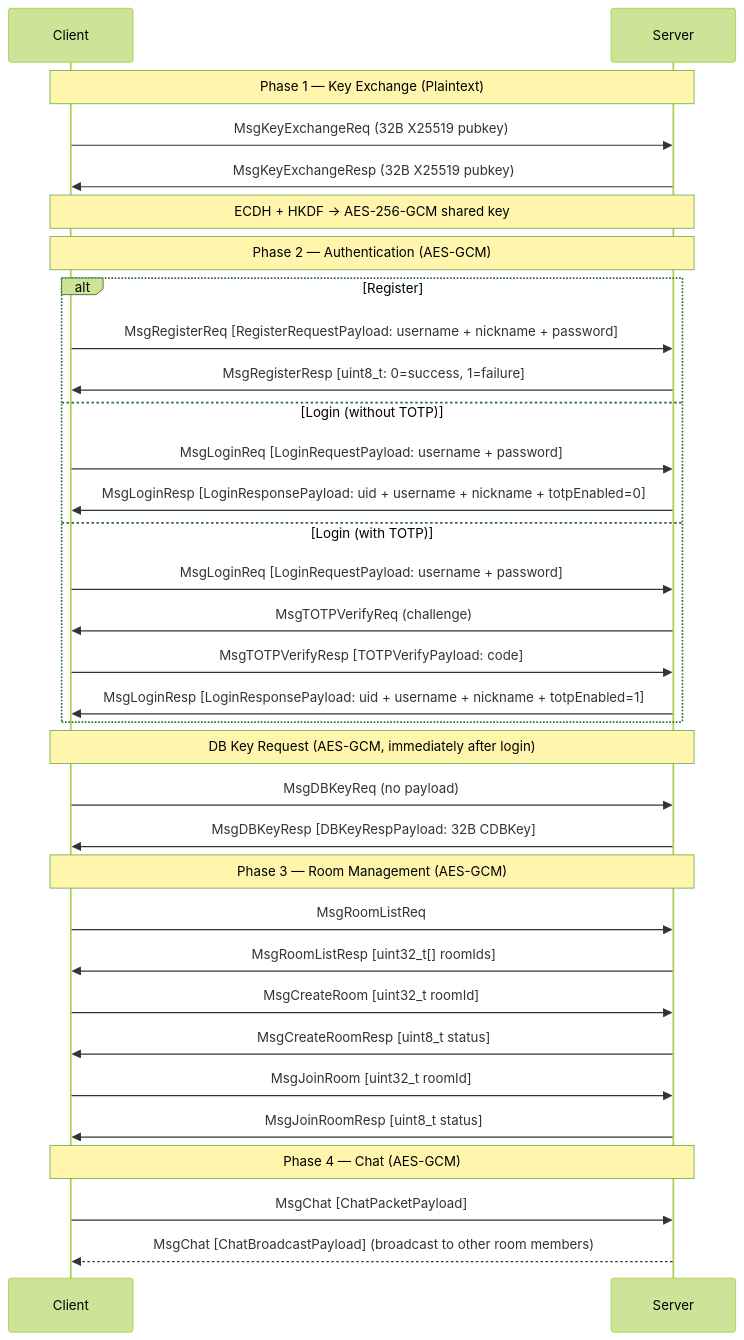
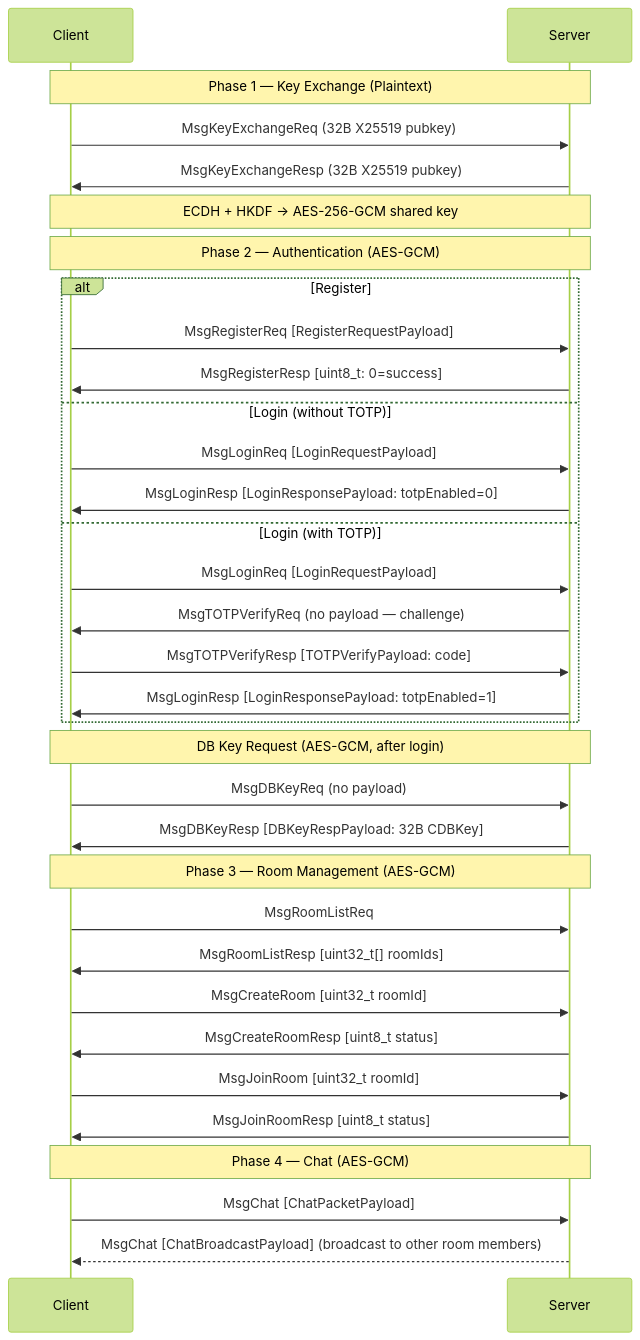
The fourth of 14 diagrams in docs/API.md (WinstonMeursault/PacPlay), drawn with Mermaid (forest theme) before and after one commit. The commit also changed other lines of this file and 49 other files, not shown here.

First line of the commit message:
refactor: modularize architecture and restructure database subsystem

````diff
--- a/docs/API.md
+++ b/docs/API.md
@@ -513,40 +518,40 @@
 ```mermaid
 sequenceDiagram
     participant C as Client
     participant S as Server
 
     Note over C,S: Phase 1 — Key Exchange (Plaintext)
     C->>S: MsgKeyExchangeReq (32B X25519 pubkey)
     S->>C: MsgKeyExchangeResp (32B X25519 pubkey)
     Note over C,S: ECDH + HKDF → AES-256-GCM shared key
 
     Note over C,S: Phase 2 — Authentication (AES-GCM)
     alt Register
-        C->>S: MsgRegisterReq [RegisterRequestPayload: username + nickname + password]
-        S->>C: MsgRegisterResp [uint8_t: 0=success, 1=failure]
+        C->>S: MsgRegisterReq [RegisterRequestPayload]
+        S->>C: MsgRegisterResp [uint8_t: 0=success]
     else Login (without TOTP)
-        C->>S: MsgLoginReq [LoginRequestPayload: username + password]
-        S->>C: MsgLoginResp [LoginResponsePayload: uid + username + nickname + totpEnabled=0]
+        C->>S: MsgLoginReq [LoginRequestPayload]
+        S->>C: MsgLoginResp [LoginResponsePayload: totpEnabled=0]
     else Login (with TOTP)
-        C->>S: MsgLoginReq [LoginRequestPayload: username + password]
-        S->>C: MsgTOTPVerifyReq (challenge)
+        C->>S: MsgLoginReq [LoginRequestPayload]
+        S->>C: MsgTOTPVerifyReq (no payload — challenge)
         C->>S: MsgTOTPVerifyResp [TOTPVerifyPayload: code]
-        S->>C: MsgLoginResp [LoginResponsePayload: uid + username + nickname + totpEnabled=1]
+        S->>C: MsgLoginResp [LoginResponsePayload: totpEnabled=1]
     end
 
-    Note over C,S: DB Key Request (AES-GCM, immediately after login)
+    Note over C,S: DB Key Request (AES-GCM, after login)
     C->>S: MsgDBKeyReq (no payload)
     S->>C: MsgDBKeyResp [DBKeyRespPayload: 32B CDBKey]
 
     Note over C,S: Phase 3 — Room Management (AES-GCM)
     C->>S: MsgRoomListReq
     S->>C: MsgRoomListResp [uint32_t[] roomIds]
     C->>S: MsgCreateRoom [uint32_t roomId]
     S->>C: MsgCreateRoomResp [uint8_t status]
     C->>S: MsgJoinRoom [uint32_t roomId]
     S->>C: MsgJoinRoomResp [uint8_t status]
 
     Note over C,S: Phase 4 — Chat (AES-GCM)
     C->>S: MsgChat [ChatPacketPayload]
     S-->>C: MsgChat [ChatBroadcastPayload] (broadcast to other room members)
 ```
````
